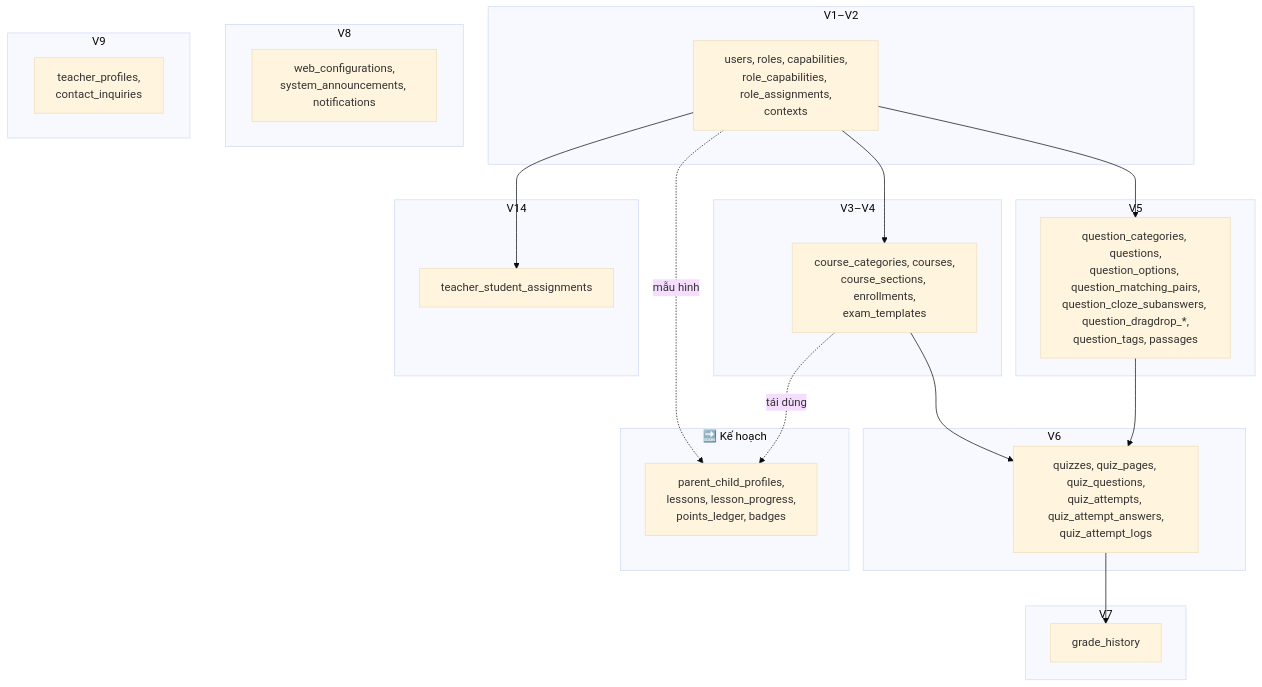
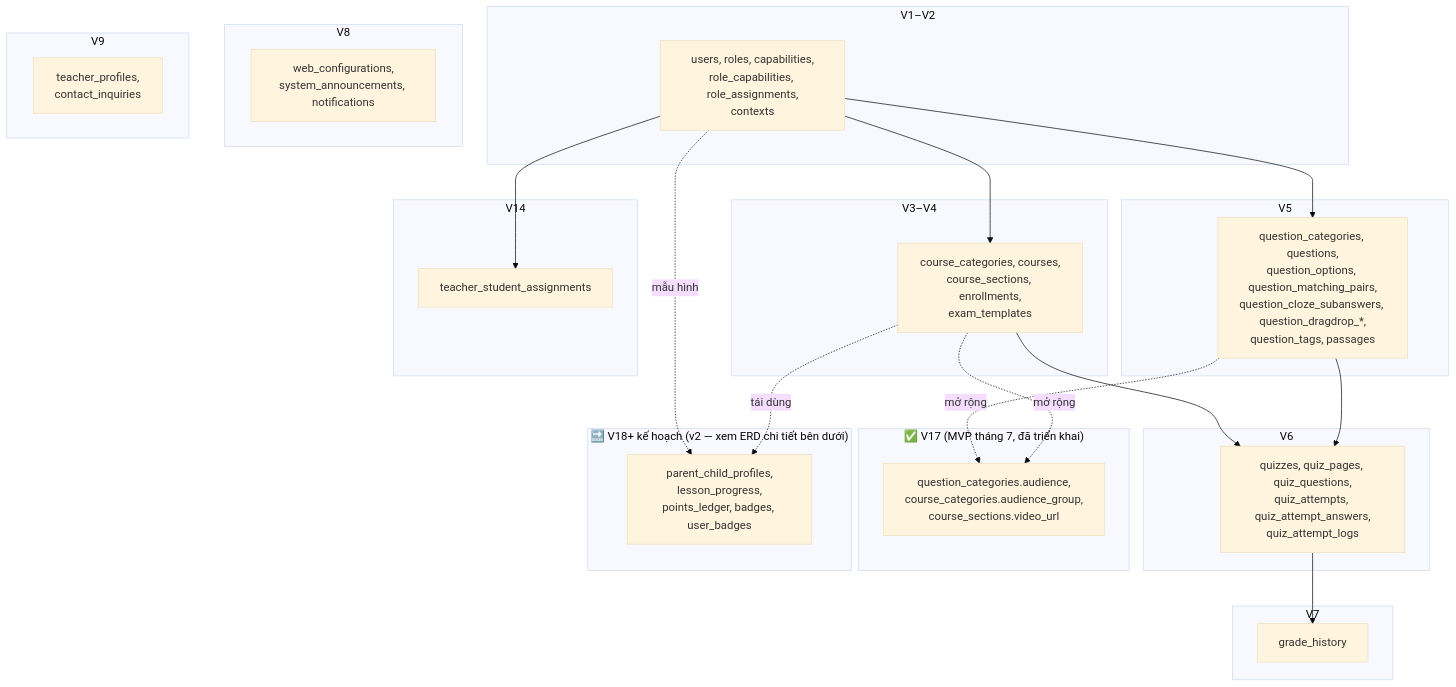
The third of 7 diagrams in So_do_Ky_thuat.md (RaidenEi07/ielts-meridianstyle), drawn with Mermaid (base theme) before and after one commit. The commit also changed other lines of this file and 1 other file, not shown here.

First line of the commit message:
Complete Phase 10: ERD for v2 tables (parent_child_profiles, lesson_progress, points_ledger/badges)

````diff
--- a/So_do_Ky_thuat.md
+++ b/So_do_Ky_thuat.md
@@ -89,39 +89,44 @@
 ```mermaid
 flowchart TB
     subgraph M1["V1–V2"]
         T1["users, roles, capabilities,<br/>role_capabilities, role_assignments,<br/>contexts"]
     end
     subgraph M2["V3–V4"]
         T2["course_categories, courses,<br/>course_sections, enrollments,<br/>exam_templates"]
     end
     subgraph M3["V5"]
         T3["question_categories, questions,<br/>question_options, question_matching_pairs,<br/>question_cloze_subanswers, question_dragdrop_*,<br/>question_tags, passages"]
     end
     subgraph M4["V6"]
         T4["quizzes, quiz_pages, quiz_questions,<br/>quiz_attempts, quiz_attempt_answers,<br/>quiz_attempt_logs"]
     end
     subgraph M5["V7"]
         T5["grade_history"]
     end
     subgraph M6["V8"]
         T6["web_configurations,<br/>system_announcements, notifications"]
     end
     subgraph M7["V9"]
         T7["teacher_profiles,<br/>contact_inquiries"]
     end
     subgraph M8["V14"]
         T8["teacher_student_assignments"]
     end
-    subgraph M9["🔜 Kế hoạch"]
-        T9["parent_child_profiles,<br/>lessons, lesson_progress,<br/>points_ledger, badges"]
+    subgraph M9["✅ V17 (MVP tháng 7, đã triển khai)"]
+        T9["question_categories.audience,<br/>course_categories.audience_group,<br/>course_sections.video_url"]
+    end
+    subgraph M10["🔜 V18+ kế hoạch (v2 — xem ERD chi tiết bên dưới)"]
+        T10["parent_child_profiles,<br/>lesson_progress,<br/>points_ledger, badges, user_badges"]
     end
 
     T1 --> T2
     T1 --> T3
     T2 --> T4
     T3 --> T4
     T4 --> T5
     T1 --> T8
-    T1 -.mẫu hình.-> T9
-    T2 -.tái dùng.-> T9
+    T3 -.mở rộng.-> T9
+    T2 -.mở rộng.-> T9
+    T1 -.mẫu hình.-> T10
+    T2 -.tái dùng.-> T10
 ```
````
